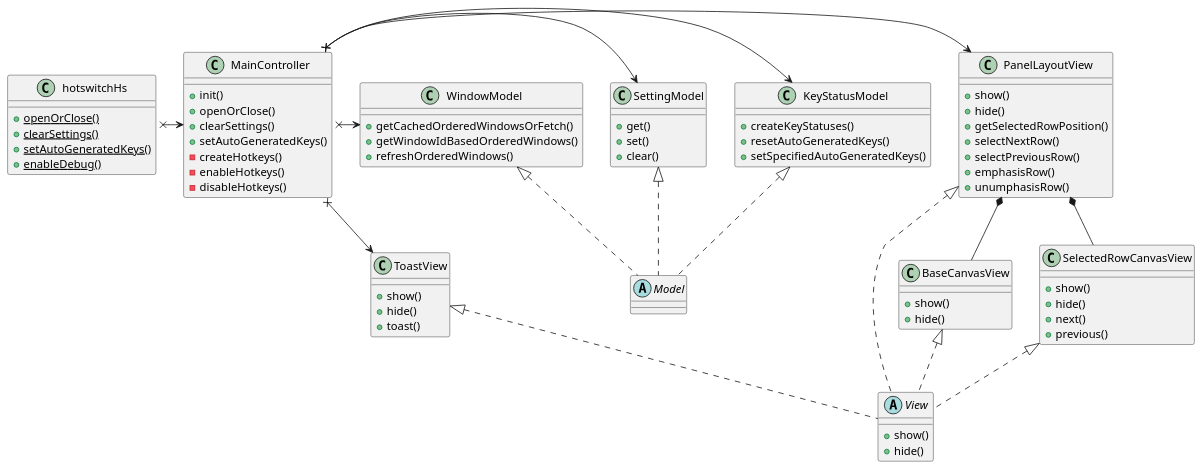
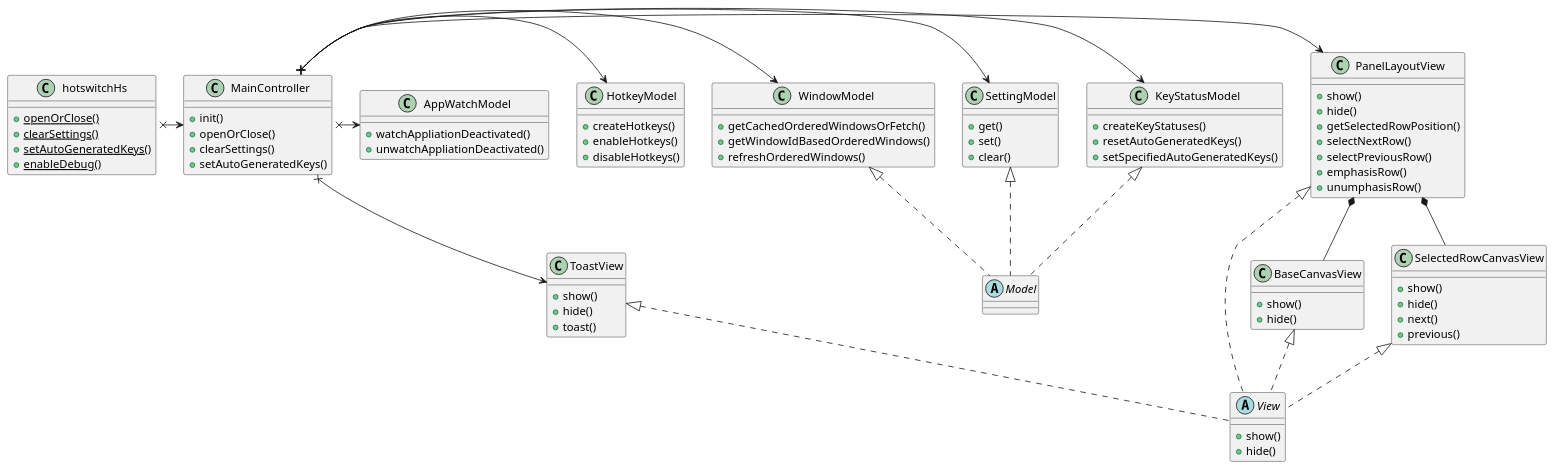
Before and after one commit to oniatsu/HotSwitch-HS: the diagram in uml/class_diagram.pu, drawn with PlantUML. The commit also changed 4 other files, not shown here.

```diff
--- a/uml/class_diagram.pu
+++ b/uml/class_diagram.pu
@@ -1,86 +1,94 @@
 @startuml class_diagram
 
 class hotswitchHs {
     {static} +openOrClose()
     {static} +clearSettings()
     {static} +setAutoGeneratedKeys()
     {static} +enableDebug()
 }
 
 class KeyStatusModel {
     +createKeyStatuses()
     +resetAutoGeneratedKeys()
     +setSpecifiedAutoGeneratedKeys()
 }
 class SettingModel {
     +get()
     +set()
     +clear()
 }
 class WindowModel {
     +getCachedOrderedWindowsOrFetch()
     +getWindowIdBasedOrderedWindows()
     +refreshOrderedWindows()
+}
+class HotkeyModel {
+    +createHotkeys()
+    +enableHotkeys()
+    +disableHotkeys()
+}
+class AppWatchModel {
+    +watchAppliationDeactivated()
+    +unwatchAppliationDeactivated()
 }
 abstract Model
 
 class PanelLayoutView {
     +show()
     +hide()
     +getSelectedRowPosition()
     +selectNextRow()
     +selectPreviousRow()
     +emphasisRow()
     +unumphasisRow()
 }
 class BaseCanvasView {
     +show()
     +hide()
 }
 class SelectedRowCanvasView {
     +show()
     +hide()
     +next()
     +previous()
 }
 class ToastView {
     +show()
     +hide()
     +toast()
 }
 abstract View {
     +show()
     +hide()
 }
 
 class MainController {
     +init()
     +openOrClose()
     +clearSettings()
     +setAutoGeneratedKeys()
-    -createHotkeys()
-    -enableHotkeys()
-    -disableHotkeys()
 }
 
 hotswitchHs x-> MainController
 
 MainController x-> PanelLayoutView
 MainController x-> ToastView
 MainController x-> KeyStatusModel
 MainController x-> SettingModel
 MainController x-> WindowModel
+MainController x-> HotkeyModel
+MainController x-> AppWatchModel
 
 KeyStatusModel <|.. Model
 SettingModel <|.. Model
 WindowModel <|.. Model
 
 PanelLayoutView <|.. View
 BaseCanvasView <|.. View
 SelectedRowCanvasView <|.. View
 ToastView <|.. View
 
 PanelLayoutView *-- BaseCanvasView 
 PanelLayoutView *-- SelectedRowCanvasView 
 
 @endum
```
